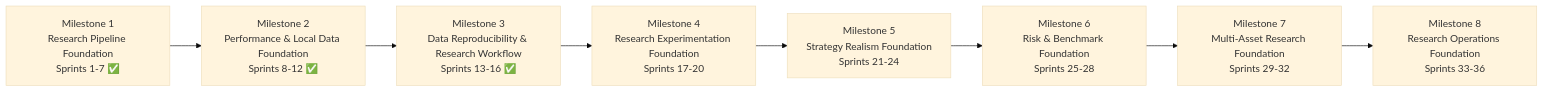
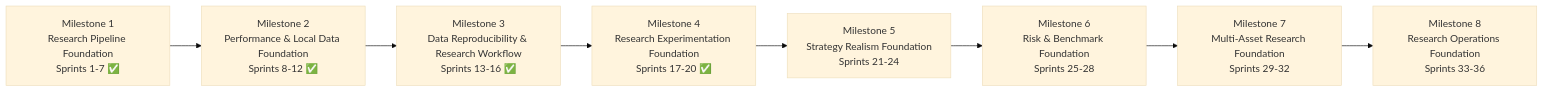
One commit to yanxinnnnnn/El-Psy-Quant changed the diagram in docs/roadmap.md. Above: the diagram before and after it, drawn with Mermaid (base theme). The commit also changed other lines of this file, not shown here.

Commit message:
docs: update roadmap after milestone 4

````diff
--- a/docs/roadmap.md
+++ b/docs/roadmap.md
@@ -15,10 +15,10 @@
 ```mermaid
 flowchart LR
     M1["Milestone 1<br/>Research Pipeline Foundation<br/>Sprints 1-7 ✅"] --> M2["Milestone 2<br/>Performance & Local Data Foundation<br/>Sprints 8-12 ✅"]
     M2 --> M3["Milestone 3<br/>Data Reproducibility & Research Workflow<br/>Sprints 13-16 ✅"]
-    M3 --> M4["Milestone 4<br/>Research Experimentation Foundation<br/>Sprints 17-20"]
+    M3 --> M4["Milestone 4<br/>Research Experimentation Foundation<br/>Sprints 17-20 ✅"]
     M4 --> M5["Milestone 5<br/>Strategy Realism Foundation<br/>Sprints 21-24"]
     M5 --> M6["Milestone 6<br/>Risk & Benchmark Foundation<br/>Sprints 25-28"]
     M6 --> M7["Milestone 7<br/>Multi-Asset Research Foundation<br/>Sprints 29-32"]
     M7 --> M8["Milestone 8<br/>Research Operations Foundation<br/>Sprints 33-36"]
 ```
````
